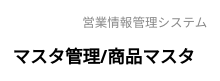
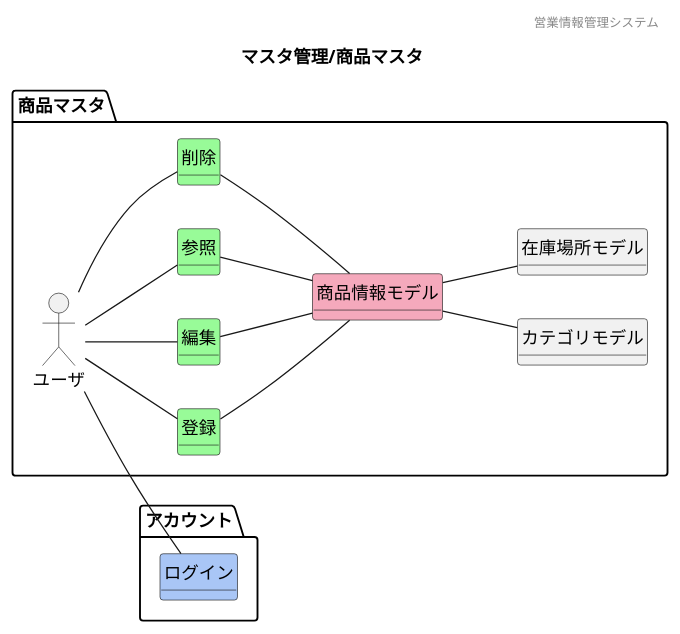
Before and after one commit to HaruShim/Sotuken: the diagram in 各種設計書/1ドメインモデル図/マスタ管理/F03商品マスタ.plantuml, drawn with PlantUML. The commit also changed 13 other files, not shown here.

```diff
--- a/各種設計書/1ドメインモデル図/マスタ管理/F03商品マスタ.plantuml
+++ b/各種設計書/1ドメインモデル図/マスタ管理/F03商品マスタ.plantuml
@@ -1,15 +1,47 @@
 @startuml images/マスタ管理/商品マスタ
 ' ヘッダー
 header 営業情報管理システム
 ' タイトル
 title マスタ管理/商品マスタ
 ' 
 hide circle
 ' 
 hide method
+left to right direction
+
+package "アカウント"{
+    class "ログイン" #A9C6F6
+}
+
+package "商品マスタ" {
+    'ユーザや外部システム
+    mix_actor "ユーザ"
+    class "登録" #98fb98
+    class "編集" #98fb98
+    class "参照" #98fb98
+    class "削除" #98fb98
+    ' メインのモデルは赤
+    class "商品情報モデル" #F5A9BC 
+    class "カテゴリモデル"
+
+    'モデル同士の関係
+    ユーザ -- 参照
+    ユーザ -- 登録
+    ユーザ -- 編集
+    ユーザ -- 削除
+    参照 -- 商品情報モデル
+    登録 -- 商品情報モデル 
+    編集 -- 商品情報モデル 
+    削除 -- 商品情報モデル
+    商品情報モデル -- カテゴリモデル 
+    商品情報モデル -- 在庫場所モデル
+    
+    'ドメインクラスの属性
+
+}
 
 
 
-
+ユーザ -- ログイン
 
 @enduml
```
